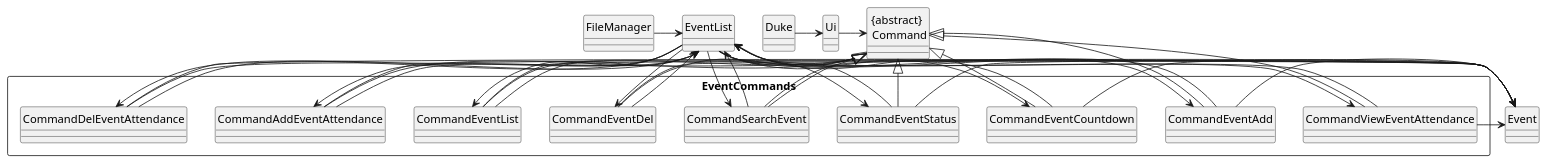
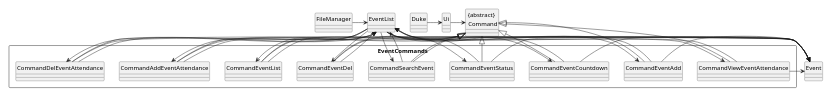
The diagram in docs/EventDiagram/EventArchitecture.puml (nus-cs2113-AY2021S1/tp), drawn with PlantUML before and after one commit. The commit also changed other lines of this file and 1 other file, not shown here.

Commit message:
EventArchitecture Diagram resize

```diff
--- a/docs/EventDiagram/EventArchitecture.puml
+++ b/docs/EventDiagram/EventArchitecture.puml
@@ -1,66 +2,67 @@
 @startuml
+scale max 1024 width
 hide circle
 skinparam classAttributeIconSize 0
 
 class "{abstract} \n Command" {
 }
 
 Rectangle EventCommands {
 "{abstract} \n Command" <|-- CommandEventAdd
 "{abstract} \n Command" <|-- CommandEventDel
 "{abstract} \n Command" <|-- CommandEventList
 "{abstract} \n Command" <|-- CommandSearchEvent
 "{abstract} \n Command" <|-- CommandEventStatus
 "{abstract} \n Command" <|-- CommandEventCountdown
 "{abstract} \n Command" <|-- CommandAddEventAttendance
 "{abstract} \n Command" <|-- CommandDelEventAttendance
 "{abstract} \n Command" <|-- CommandViewEventAttendance
 }
 
 
 
 CommandEventAdd <-- EventList
 EventList <-down- CommandEventAdd
 
 CommandEventDel <-- EventList
 EventList <-down- CommandEventDel
 
 CommandEventList <-- EventList
 EventList <-down- CommandEventList
 
 CommandSearchEvent <-- EventList
 EventList <-down- CommandSearchEvent
 
 CommandEventStatus <-- EventList
 EventList <-down- CommandEventStatus
 
 CommandEventCountdown <-- EventList
 EventList <-down- CommandEventCountdown
 
 CommandAddEventAttendance <-- EventList
 EventList <-down- CommandAddEventAttendance
 
 CommandDelEventAttendance <-- EventList
 EventList <-down- CommandDelEventAttendance
 
 CommandViewEventAttendance <-- EventList
 EventList <-down- CommandViewEventAttendance
 
 FileManager -> EventList
 
 
 CommandEventAdd -down> Event
 CommandEventCountdown -down> Event
 CommandEventStatus -down> Event
 CommandSearchEvent -down> Event
 CommandEventDel -down> Event
 CommandEventList -down> Event
 CommandAddEventAttendance -down> Event
 CommandDelEventAttendance -down> Event
 CommandViewEventAttendance -down> Event
 
 
 Duke -> Ui
 Ui -> "{abstract} \n Command"
 
 @enduml
```
